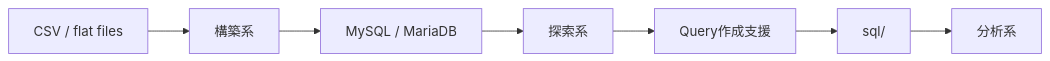
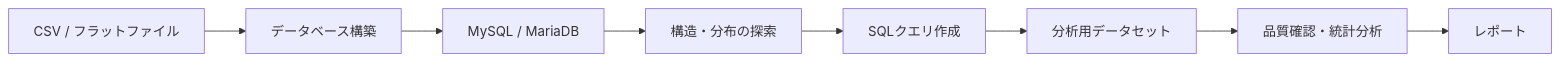
Before and after one commit to syrius2000/rwd-mysql-skill-toolkit: the diagram in README.md, drawn with Mermaid. The commit also changed other lines of this file and 1 other file, not shown here.

````diff
--- a/README.md
+++ b/README.md
@@ -106,9 +49,10 @@
 ```mermaid
 flowchart LR
-  A[CSV / flat files] --> B[構築系]
+  A[CSV / フラットファイル] --> B[データベース構築]
   B --> C[MySQL / MariaDB]
-  C --> D[探索系]
-  D --> E[Query作成支援]
-  E --> F[sql/]
-  F --> G[分析系]
+  C --> D[構造・分布の探索]
+  D --> E[SQLクエリ作成]
+  E --> F[分析用データセット]
+  F --> G[品質確認・統計分析]
+  G --> H[レポート]
 ```
````
